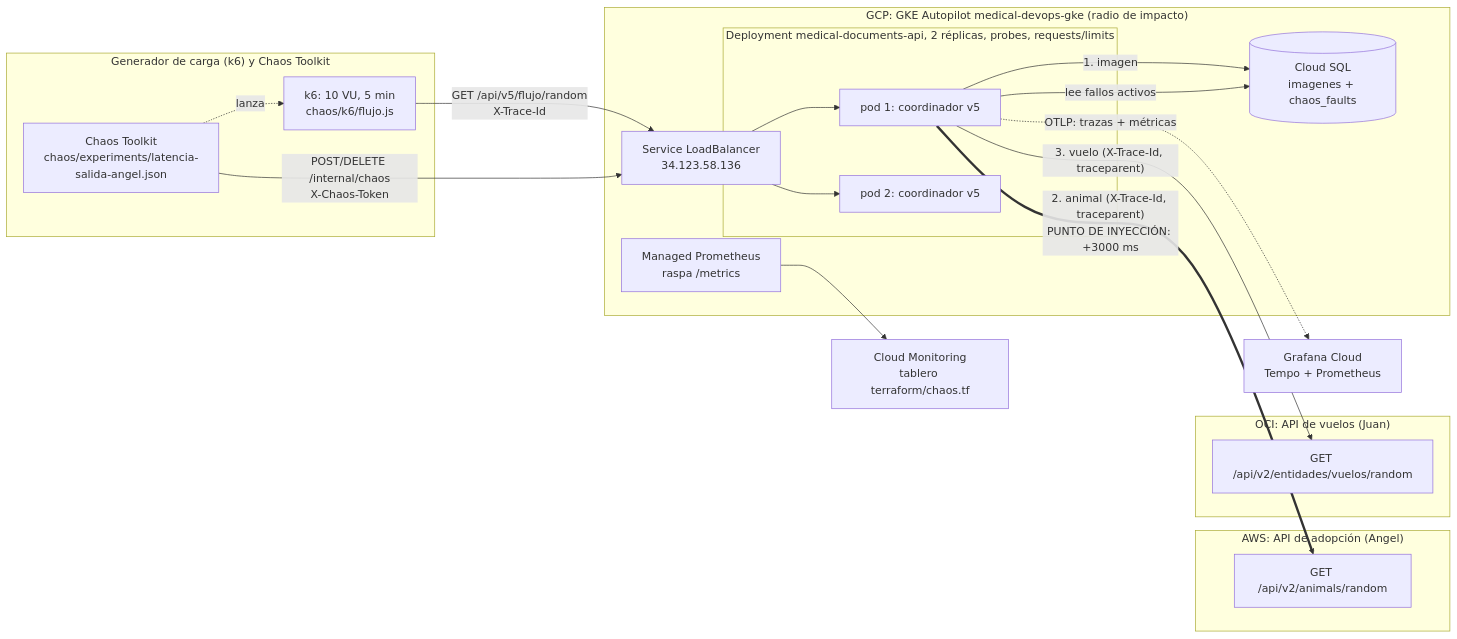
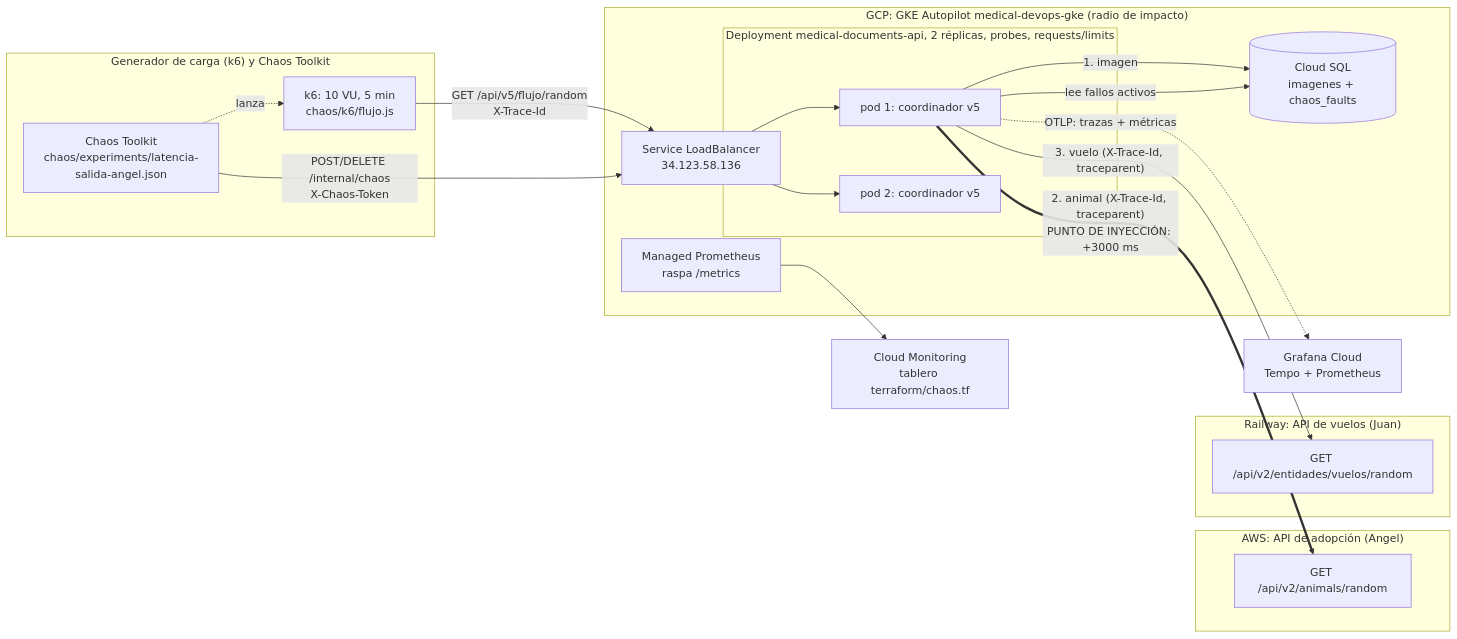
One commit to LeonardoG2005/MedicalDevops changed the third of 4 diagrams in README.md. Above: the diagram before and after it, drawn with Mermaid. The commit also changed other lines of this file and 2 other files, not shown here.

Commit message:
:memo: docs: group game day report with experiments 2 and 3 and the security layer diagram

````diff
--- a/README.md
+++ b/README.md
@@ -442,36 +442,36 @@
 ```mermaid
 flowchart LR
   subgraph Carga["Generador de carga (k6) y Chaos Toolkit"]
     k6["k6: 10 VU, 5 min<br/>chaos/k6/flujo.js"]
     ctk["Chaos Toolkit<br/>chaos/experiments/latencia-salida-angel.json"]
   end
 
   subgraph GCP["GCP: GKE Autopilot medical-devops-gke (radio de impacto)"]
     LB["Service LoadBalancer<br/>34.123.58.136"]
     subgraph Pods["Deployment medical-documents-api, 2 réplicas, probes, requests/limits"]
       P1["pod 1: coordinador v5"]
       P2["pod 2: coordinador v5"]
     end
     SQL[("Cloud SQL<br/>imagenes + chaos_faults")]
     GMP["Managed Prometheus<br/>raspa /metrics"]
   end
 
   subgraph AWS["AWS: API de adopción (Angel)"]
     B["GET /api/v2/animals/random"]
   end
-  subgraph OCI["OCI: API de vuelos (Juan)"]
+  subgraph OCI["Railway: API de vuelos (Juan)"]
     A["GET /api/v2/entidades/vuelos/random"]
   end
 
   k6 -->|"GET /api/v5/flujo/random<br/>X-Trace-Id"| LB
   ctk -->|"POST/DELETE /internal/chaos<br/>X-Chaos-Token"| LB
   ctk -.->|lanza| k6
   LB --> P1
   LB --> P2
   P1 -->|"1. imagen"| SQL
   P1 -->|"lee fallos activos"| SQL
   P1 ==>|"2. animal (X-Trace-Id, traceparent)<br/>PUNTO DE INYECCIÓN: +3000 ms"| B
   P1 -->|"3. vuelo (X-Trace-Id, traceparent)"| A
   P1 -.->|"OTLP: trazas + métricas"| GC["Grafana Cloud<br/>Tempo + Prometheus"]
   GMP --> CM["Cloud Monitoring<br/>tablero terraform/chaos.tf"]
 ```
````
